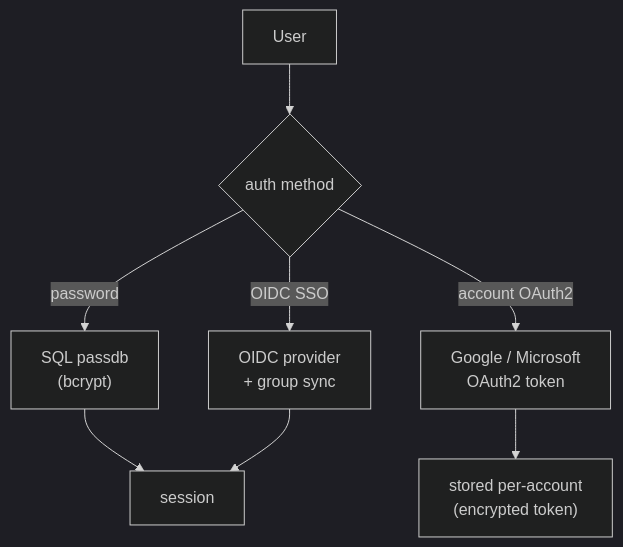
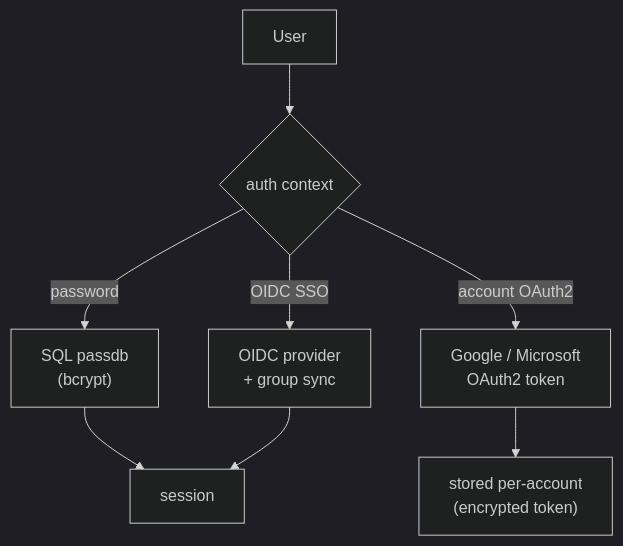
One commit to thekoma/mailfallback changed the fourth of 4 diagrams in docs/src/architecture/flows.md. Above: the diagram before and after it, drawn with Mermaid (dark theme). The commit also changed other lines of this file, not shown here.

Commit message:
docs(architecture): clarify auth diagram — user login vs per-account OAuth2
Changed intro sentence to distinguish two separate flows:
- User login (password/OIDC) → session
- Per-account upstream authorization (OAuth2) → encrypted token

Relabeled decision node from "auth method" to "auth context" to clarify
these are not all user login choices.

````diff
--- a/docs/src/architecture/flows.md
+++ b/docs/src/architecture/flows.md
@@ -54,10 +54,10 @@
 ```mermaid
 flowchart TD
-    USER["User"] --> CH{"auth method"}
+    USER["User"] --> CH{"auth context"}
     CH -- "password" --> SQL["SQL passdb<br/>(bcrypt)"]
     CH -- "OIDC SSO" --> OIDC["OIDC provider<br/>+ group sync"]
     CH -- "account OAuth2" --> OAUTH["Google / Microsoft<br/>OAuth2 token"]
     SQL --> SESSION["session"]
     OIDC --> SESSION
     OAUTH --> ACCT["stored per-account<br/>(encrypted token)"]
 ```
````
